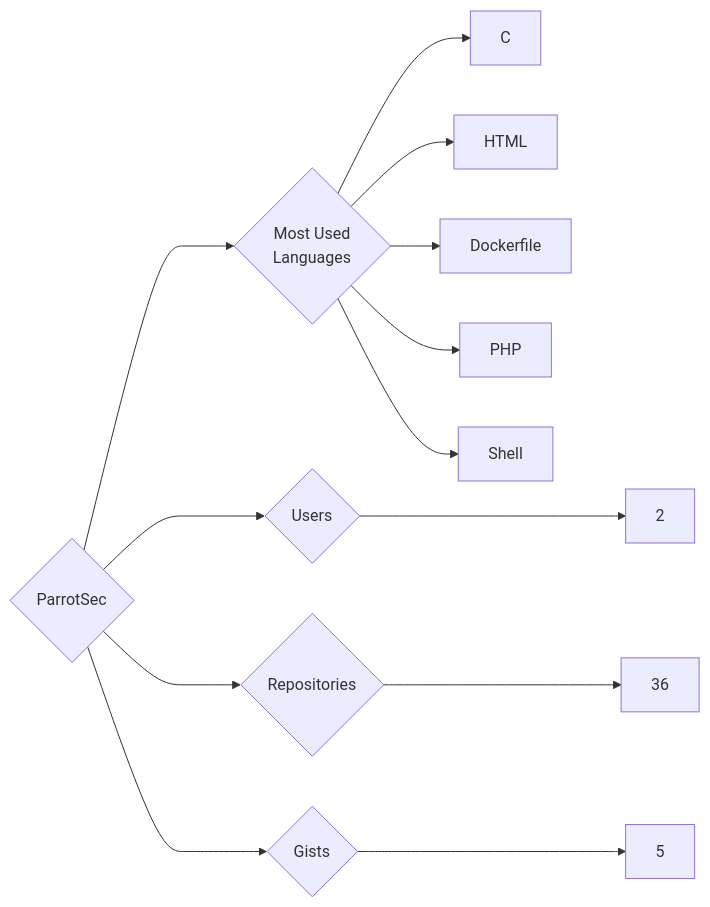
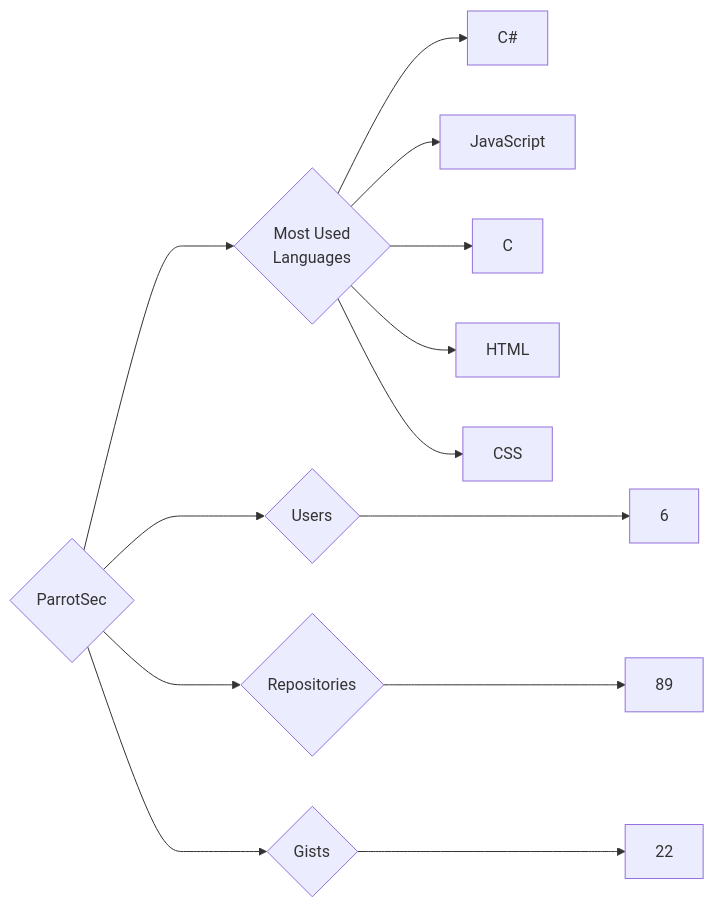
The diagram in targets/ParrotSec/README.md (trickest/insiders), drawn with Mermaid before and after one commit. The commit also changed 1696 other files, not shown here.

````diff
--- a/targets/ParrotSec/README.md
+++ b/targets/ParrotSec/README.md
@@ -3,13 +3,13 @@
 ```mermaid
 graph LR
 COMPANY_NAME{ParrotSec}
-COMPANY_NAME ---> U{Users} ---> UN[2]
-COMPANY_NAME ---> R{Repositories} ---> RN[36]
-COMPANY_NAME ---> G{Gists} ---> GN[5]
+COMPANY_NAME ---> U{Users} ---> UN[6]
+COMPANY_NAME ---> R{Repositories} ---> RN[89]
+COMPANY_NAME ---> G{Gists} ---> GN[22]
 COMPANY_NAME ---> ML{Most Used<br>Languages}
+ML --> C#[C#]
+ML --> JavaScript[JavaScript]
 ML --> C[C]
 ML --> HTML[HTML]
-ML --> Dockerfile[Dockerfile]
-ML --> PHP[PHP]
-ML --> Shell[Shell]
+ML --> CSS[CSS]
 ```
````
